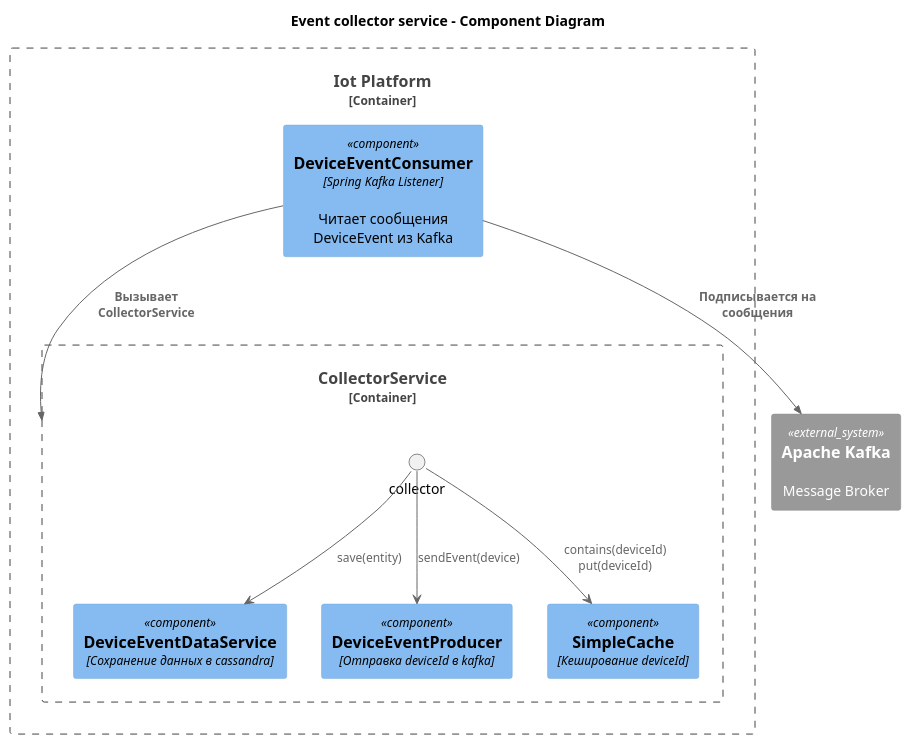
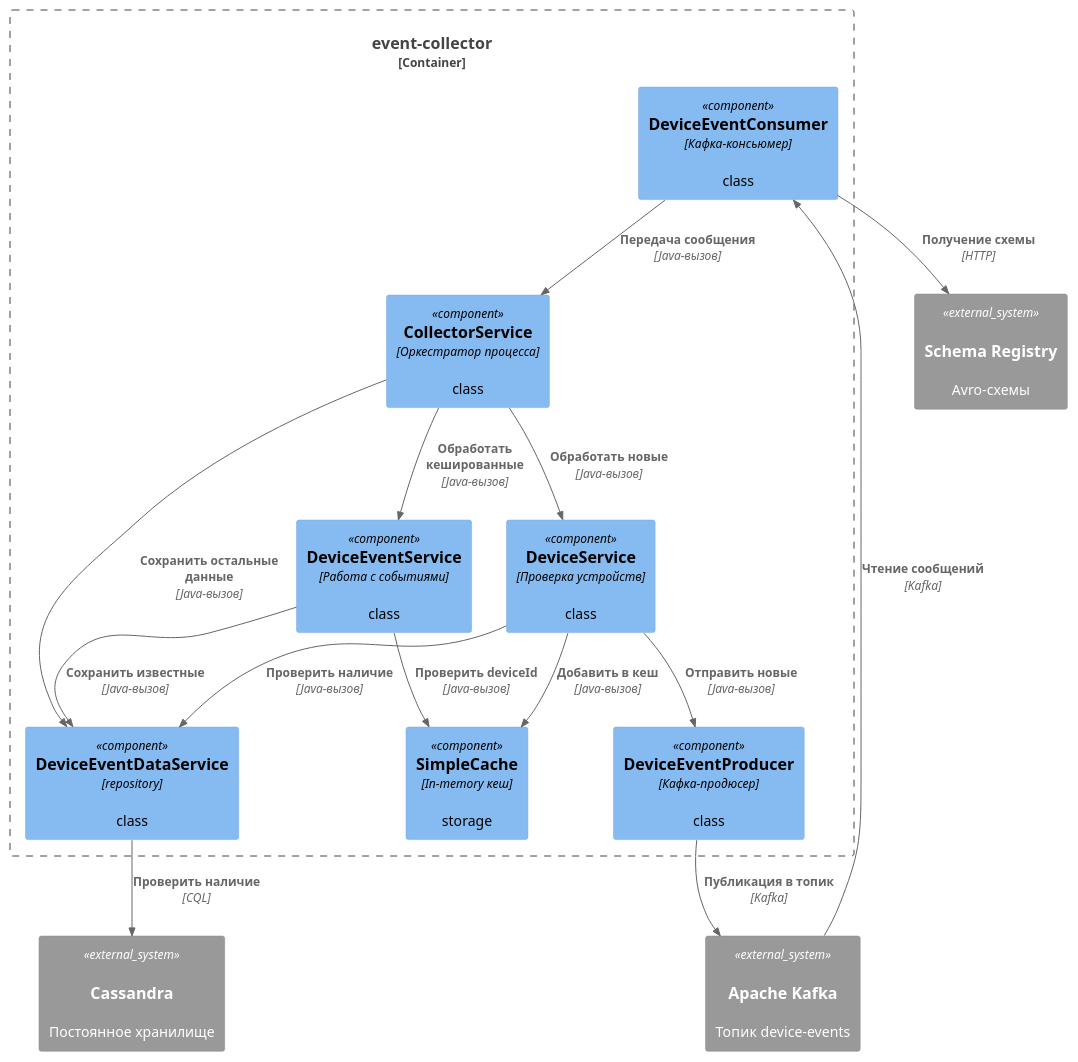
One commit to ApenDover/ourcode-iot-platform changed the diagram in diagrams/event-collector/event-collector-component.puml. Above: the diagram before and after it, drawn with PlantUML. The commit also changed 4 other files, not shown here.

Commit message:
актуализировал схему и README

```diff
--- a/diagrams/event-collector/event-collector-component.puml
+++ b/diagrams/event-collector/event-collector-component.puml
@@ -1,22 +1,39 @@
 @startuml
 !include https://raw.githubusercontent.com/plantuml-stdlib/C4-PlantUML/master/C4_Component.puml
 
-title Event collector service - Component Diagram
+AddElementTag("microservice", $bgColor="#E6F3F7", $fontColor="#333333", $borderColor="#3F668F")
+AddElementTag("storage", $bgColor="#F7E9E6", $fontColor="#333333", $borderColor="#8F3F3F")
+AddElementTag("queue", $bgColor="#E6F7E6", $fontColor="#333333", $borderColor="#3F8F5F")
 
-Container_Boundary(parent, "Iot Platform") {
-    Component(kafkaListener, "DeviceEventConsumer", "Spring Kafka Listener", "Читает сообщения DeviceEvent из Kafka")
-    Container_Boundary(EventCollector, "CollectorService") {
-    Component(service, "DeviceEventDataService", "Сохранение данных в cassandra")
-    Component(producer, "DeviceEventProducer", "Отправка deviceId в kafka")
-    Component(cache, "SimpleCache", "Кеширование deviceId")
-    collector --> service : "save(entity)"
-    collector --> producer : "sendEvent(device)"
-    collector --> cache : "contains(deviceId)\nput(deviceId)"
-    }
+Container_Boundary(app, "event-collector") {
+    Component(consumer, "DeviceEventConsumer", "Кафка-консьюмер", "class")
+    Component(collector, "CollectorService", "Оркестратор процесса", "class")
+    Component(event_service, "DeviceEventService", "Работа с событиями", "class")
+    Component(device_service, "DeviceService", "Проверка устройств", "class")
+    Component(producer, "DeviceEventProducer", "Кафка-продюсер", "class")
+    Component(event_data_service, "DeviceEventDataService", "repository", "class")
+    Component(cache, "SimpleCache", "In-memory кеш", "storage")
 }
 
-System_Ext(kafka, "Apache Kafka", "Message Broker")
+System_Ext(kafka, "Apache Kafka", "Топик device-events", "queue")
+System_Ext(schema_reg, "Schema Registry", "Avro-схемы", "storage")
+System_Ext(cassandra, "Cassandra", "Постоянное хранилище", "storage")
 
-Rel(kafkaListener, kafka, "Подписывается на сообщения")
-Rel(kafkaListener, EventCollector, "Вызывает CollectorService")
+Rel(kafka, consumer, "Чтение сообщений", "Kafka")
+Rel(consumer, schema_reg, "Получение схемы", "HTTP")
+Rel(consumer, collector, "Передача сообщения", "Java-вызов")
+
+Rel(collector, event_service, "Обработать кешированные", "Java-вызов")
+Rel(event_service, cache, "Проверить deviceId", "Java-вызов")
+Rel(event_service, event_data_service, "Сохранить известные", "Java-вызов")
+
+Rel(collector, device_service, "Обработать новые", "Java-вызов")
+Rel(device_service, event_data_service, "Проверить наличие", "Java-вызов")
+Rel(device_service, producer, "Отправить новые", "Java-вызов")
+Rel(event_data_service, cassandra, "Проверить наличие", "CQL")
+Rel(producer, kafka, "Публикация в топик", "Kafka")
+Rel(device_service, cache, "Добавить в кеш", "Java-вызов")
+
+Rel(collector, event_data_service, "Сохранить остальные данные", "Java-вызов")
+
 @enduml
```
